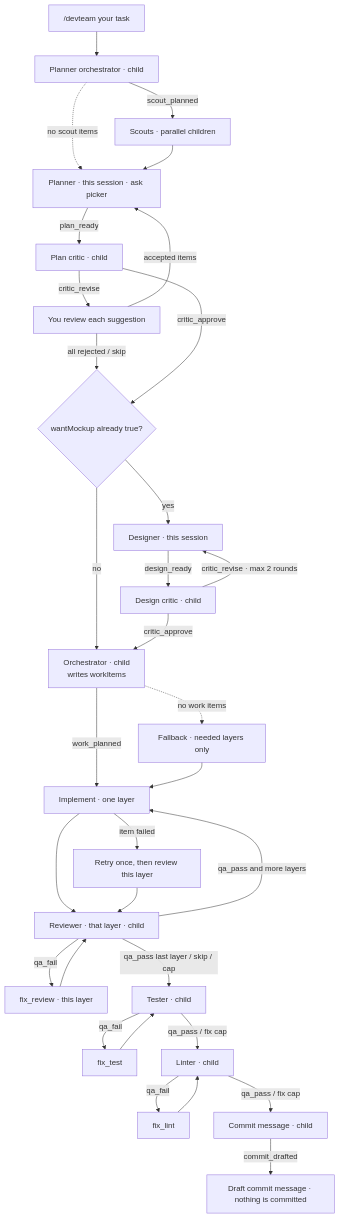
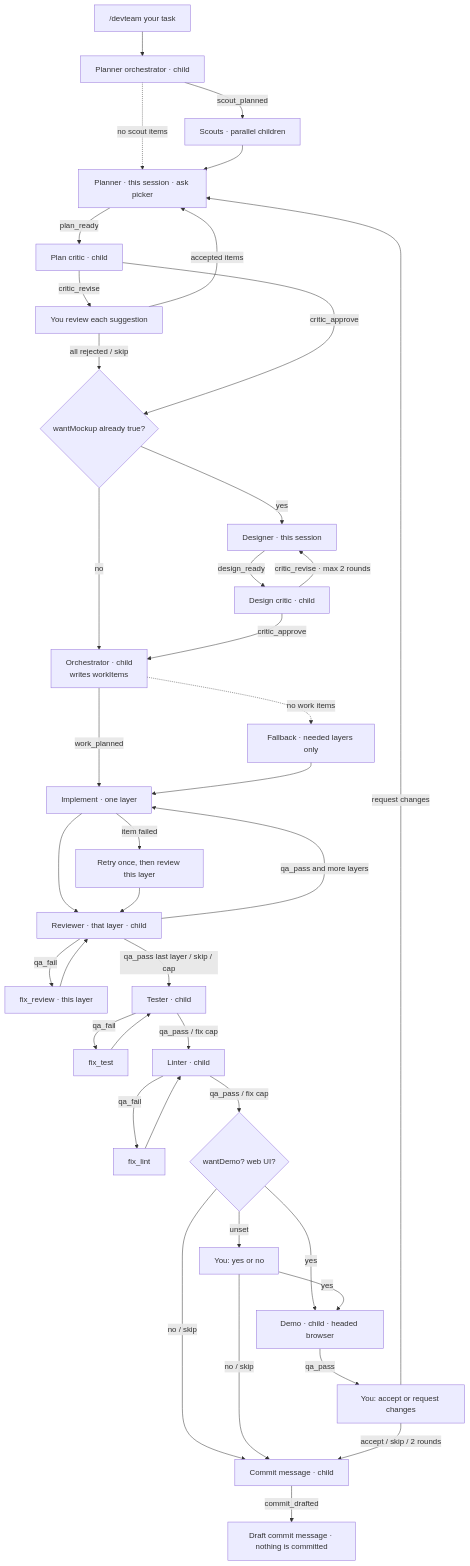
The first of 2 diagrams in README.md (W4775/pi-dev-team), drawn with Mermaid before and after one commit. The commit also changed other lines of this file and 6 other files, not shown here.

First line of the commit message:
Demo feedback loop back to planner

````diff
--- a/README.md
+++ b/README.md
@@ -52,43 +52,53 @@
 ```mermaid
 flowchart TD
     Start["/devteam your task"] --> ScoutOrch["Planner orchestrator · child"]
     ScoutOrch -->|scout_planned| Scouts["Scouts · parallel children"]
     ScoutOrch -.->|"no scout items"| Planner
     Scouts --> Planner["Planner · this session · ask picker"]
 
     Planner -->|plan_ready| PlanCritic["Plan critic · child"]
     PlanCritic -->|critic_revise| PlanReview["You review each suggestion"]
     PlanReview -->|"accepted items"| Planner
     PlanReview -->|all rejected / skip| MockupQ
     PlanCritic -->|critic_approve| MockupQ{"wantMockup already true?"}
 
     MockupQ -->|no| Orchestrator
     MockupQ -->|yes| Designer["Designer · this session"]
 
     Designer -->|design_ready| DesignCritic["Design critic · child"]
     DesignCritic -->|"critic_revise · max 2 rounds"| Designer
     DesignCritic -->|critic_approve| Orchestrator
 
     Orchestrator["Orchestrator · child<br/>writes workItems"] -->|work_planned| Implement["Implement · one layer"]
     Orchestrator -.->|"no work items"| Sequential["Fallback · needed layers only"]
     Sequential --> Implement
 
     Implement --> Reviewer["Reviewer · that layer · child"]
     Implement -->|item failed| Retry["Retry once, then review this layer"]
     Retry --> Reviewer
 
     Reviewer -->|qa_fail| FixReview["fix_review · this layer"]
     FixReview --> Reviewer
     Reviewer -->|qa_pass and more layers| Implement
     Reviewer -->|qa_pass last layer / skip / cap| Tester["Tester · child"]
 
     Tester -->|qa_fail| FixTest["fix_test"]
     FixTest --> Tester
     Tester -->|qa_pass / fix cap| Linter["Linter · child"]
 
     Linter -->|qa_fail| FixLint["fix_lint"]
-    Linter -->|qa_pass / fix cap| Commit["Commit message · child"]
+    Linter -->|qa_pass / fix cap| DemoQ{"wantDemo? web UI?"}
     FixLint --> Linter
+
+    DemoQ -->|no / skip| Commit["Commit message · child"]
+    DemoQ -->|unset| DemoAsk["You: yes or no"]
+    DemoAsk -->|no / skip| Commit
+    DemoQ -->|yes| Demo["Demo · child · headed browser"]
+    DemoAsk -->|yes| Demo
+
+    Demo -->|qa_pass| DemoReview["You: accept or request changes"]
+    DemoReview -->|accept / skip / 2 rounds| Commit
+    DemoReview -->|request changes| Planner
 
     Commit -->|commit_drafted| Done["Draft commit message · nothing is committed"]
 ```
````
